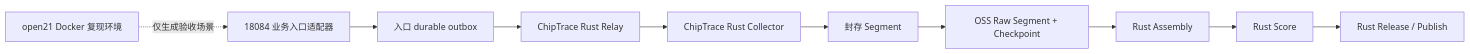
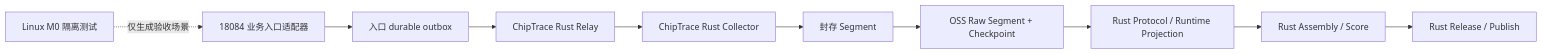
Before and after one commit to XS-MLVP/ChipTrace: the second of 2 diagrams in docs/architecture.md, drawn with Mermaid. The commit also changed other lines of this file and 44 other files, not shown here.

````diff
--- a/docs/architecture.md
+++ b/docs/architecture.md
@@ -41,12 +69,12 @@
 ```mermaid
 flowchart LR
     A[18084 业务入口适配器] --> Q[入口 durable outbox]
     Q --> B[ChipTrace Rust Relay]
     B --> C[ChipTrace Rust Collector]
     C --> D[封存 Segment]
     D --> O[OSS Raw Segment + Checkpoint]
-    O --> E[Rust Assembly]
-    E --> F[Rust Score]
+    O --> E[Rust Protocol / Runtime Projection]
+    E --> F[Rust Assembly / Score]
     F --> G[Rust Release / Publish]
-    H[open21 Docker 复现环境] -. 仅生成验收场景 .-> A
+    H[Linux M0 隔离测试] -. 仅生成验收场景 .-> A
 ```
````
